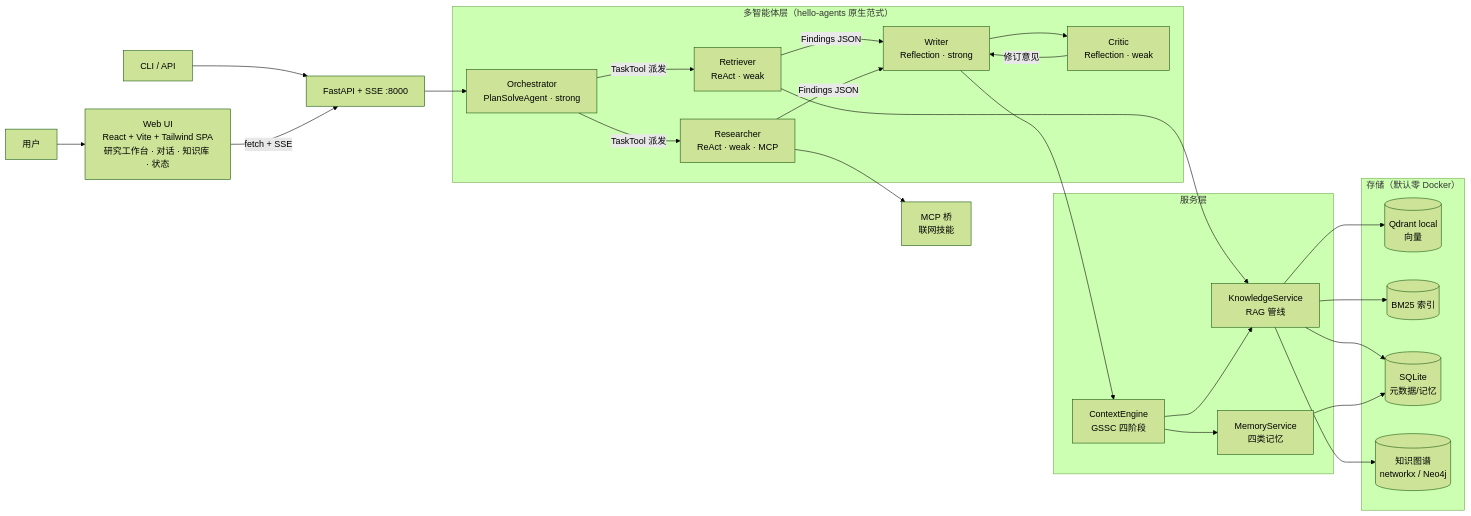
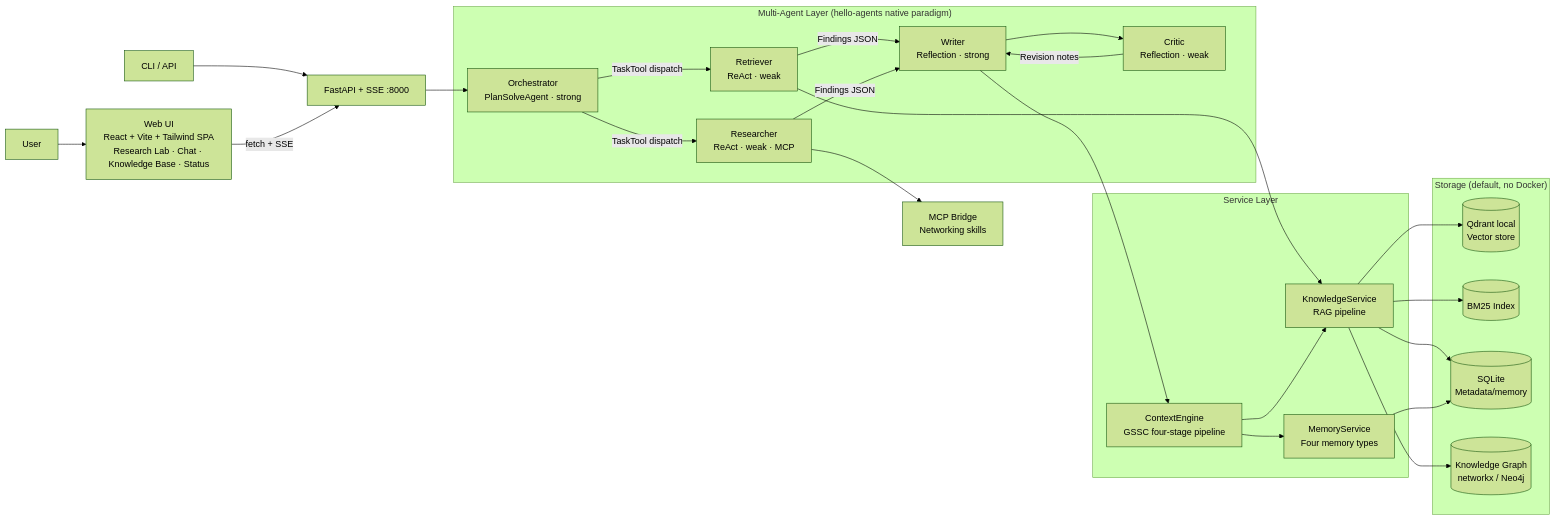
Before and after one commit to EthyleneC2H4/Cortex: the first of 2 diagrams in README.md, drawn with Mermaid (forest theme). The commit also changed other lines of this file and 1 other file, not shown here.

Commit message:
Add bilingual README: English default + Chinese version (README.zh-CN.md)

````diff
--- a/README.md
+++ b/README.md
@@ -31,41 +14,41 @@
 ```mermaid
 flowchart LR
-    U["用户"] --> WEB
+    U["User"] --> WEB
     U2["CLI / API"] --> SRV
-    WEB["Web UI<br/>React + Vite + Tailwind SPA<br/>研究工作台 · 对话 · 知识库 · 状态"]
+    WEB["Web UI<br/>React + Vite + Tailwind SPA<br/>Research Lab · Chat · Knowledge Base · Status"]
     WEB -->|"fetch + SSE"| SRV["FastAPI + SSE :8000"]
     SRV --> ORCH
 
-    subgraph AGENTS["多智能体层（hello-agents 原生范式）"]
+    subgraph AGENTS["Multi-Agent Layer (hello-agents native paradigm)"]
         ORCH["Orchestrator<br/>PlanSolveAgent · strong"]
         RET["Retriever<br/>ReAct · weak"]
         RES["Researcher<br/>ReAct · weak · MCP"]
         WRT["Writer<br/>Reflection · strong"]
         CRT["Critic<br/>Reflection · weak"]
-        ORCH -->|"TaskTool 派发"| RET & RES
+        ORCH -->|"TaskTool dispatch"| RET & RES
         RET & RES -->|"Findings JSON"| WRT
         WRT --> CRT
-        CRT -->|"修订意见"| WRT
+        CRT -->|"Revision notes"| WRT
     end
 
-    subgraph SVC["服务层"]
-        KS["KnowledgeService<br/>RAG 管线"]
-        MS["MemoryService<br/>四类记忆"]
-        CE["ContextEngine<br/>GSSC 四阶段"]
+    subgraph SVC["Service Layer"]
+        KS["KnowledgeService<br/>RAG pipeline"]
+        MS["MemoryService<br/>Four memory types"]
+        CE["ContextEngine<br/>GSSC four-stage pipeline"]
     end
 
     RET --> KS
-    RES --> MCP["MCP 桥<br/>联网技能"]
+    RES --> MCP["MCP Bridge<br/>Networking skills"]
     WRT --> CE
     CE --> MS & KS
 
-    subgraph STORE["存储（默认零 Docker）"]
-        QD[("Qdrant local<br/>向量")]
-        BM[("BM25 索引")]
-        SQ[("SQLite<br/>元数据/记忆")]
-        GP[("知识图谱<br/>networkx / Neo4j")]
+    subgraph STORE["Storage (default, no Docker)"]
+        QD[("Qdrant local<br/>Vector store")]
+        BM[("BM25 Index")]
+        SQ[("SQLite<br/>Metadata/memory")]
+        GP[("Knowledge Graph<br/>networkx / Neo4j")]
     end
 
     KS --> QD & BM & SQ & GP
     MS --> SQ
 ```
````
